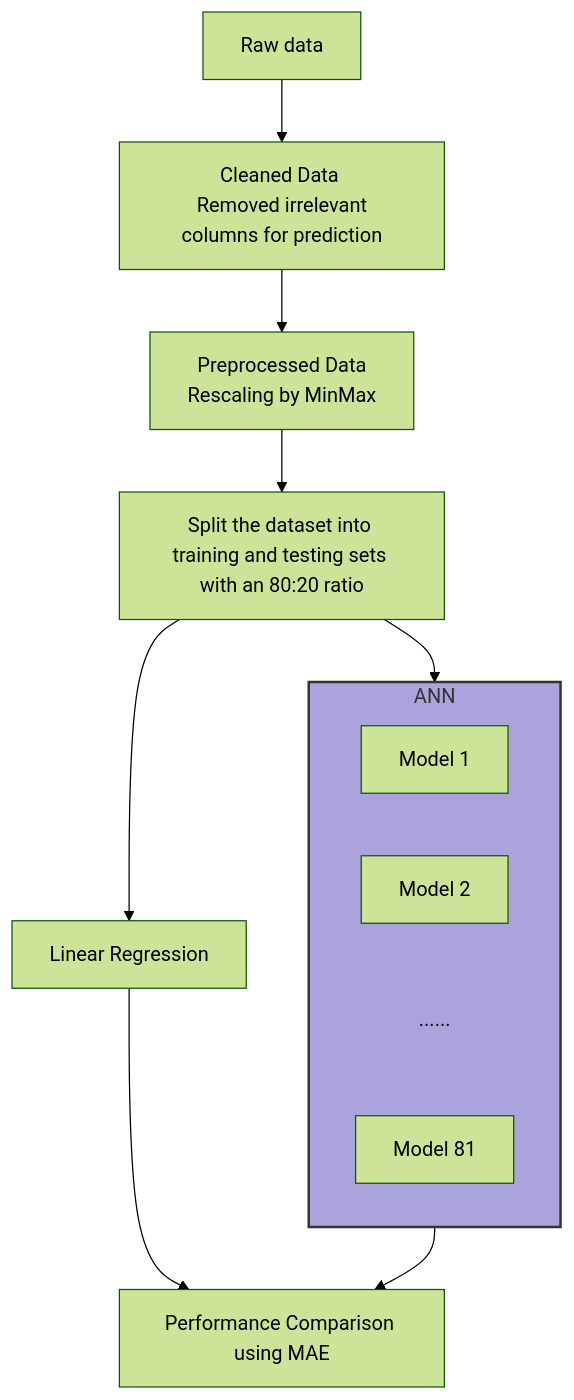
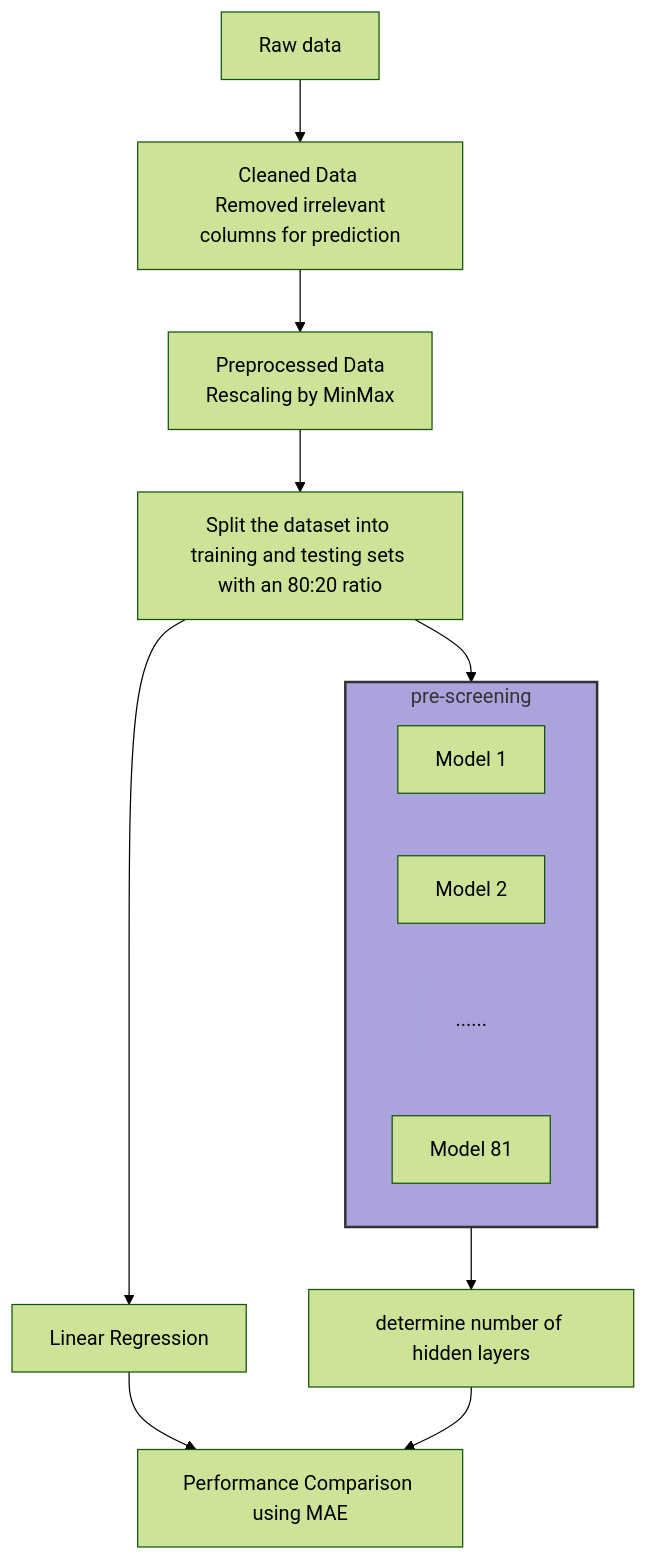
The diagram in project/manuscript/flowchart.md (liam-hsieh/CS235), drawn with Mermaid (forest theme) before and after one commit. The commit also changed 26 other files, not shown here.

````diff
--- a/project/manuscript/flowchart.md
+++ b/project/manuscript/flowchart.md
@@ -1,19 +1,20 @@
   ```mermaid
   flowchart  TD;
   S1[Raw data]-->S2[Cleaned Data \n Removed irrelevant columns for prediction] 
   S2-->S3[Preprocessed Data \n Rescaling by MinMax]
   S3-->S4[Split the dataset into training and testing sets with an 80:20 ratio]
   S4-->S5[Linear Regression]
   S4-->S6
-  S5-->S7
-  S6-->S7[Performance Comparison using MAE]
+  S5-->S8
+  S6-->S7[determine number of hidden layers]
+  S7-->S8[Performance Comparison using MAE]
 
-subgraph S6[ANN]
+subgraph S6[pre-screening]
   style S6 fill:#aaa3dc,stroke:#333,stroke-width:2px;
   1[Model 1]
   2[Model 2]
   3[......]
   style 3 fill:#aaa3dc,stroke:#333,stroke-width:0px;
   4[Model 81]
 end
   ```
````
